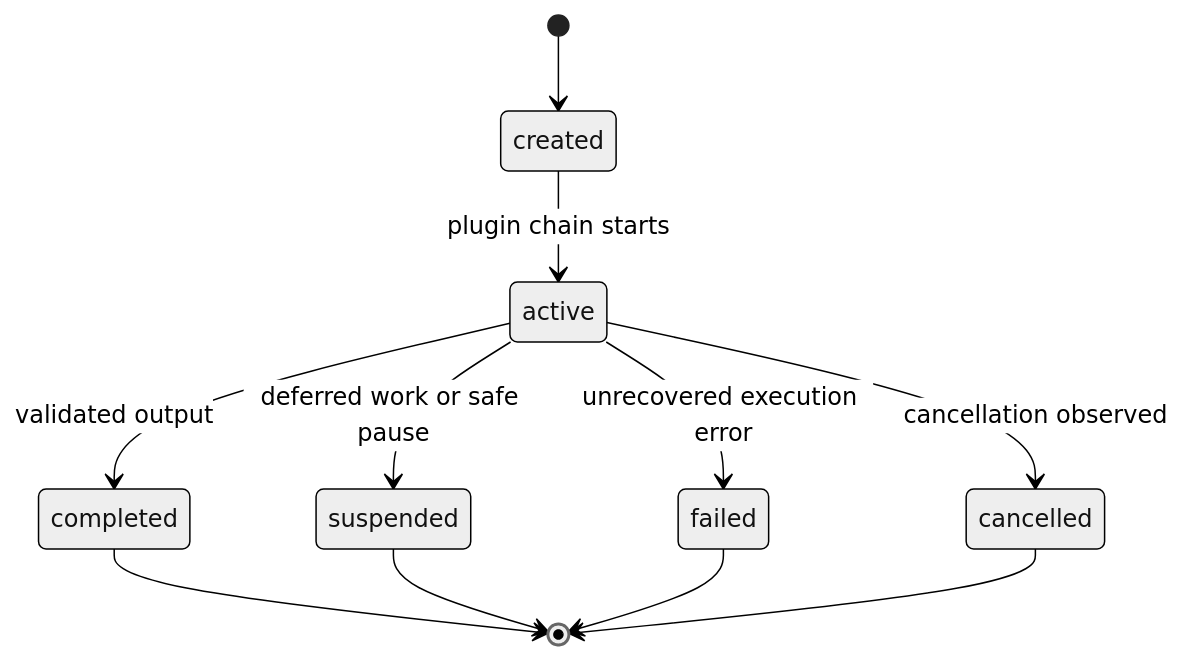
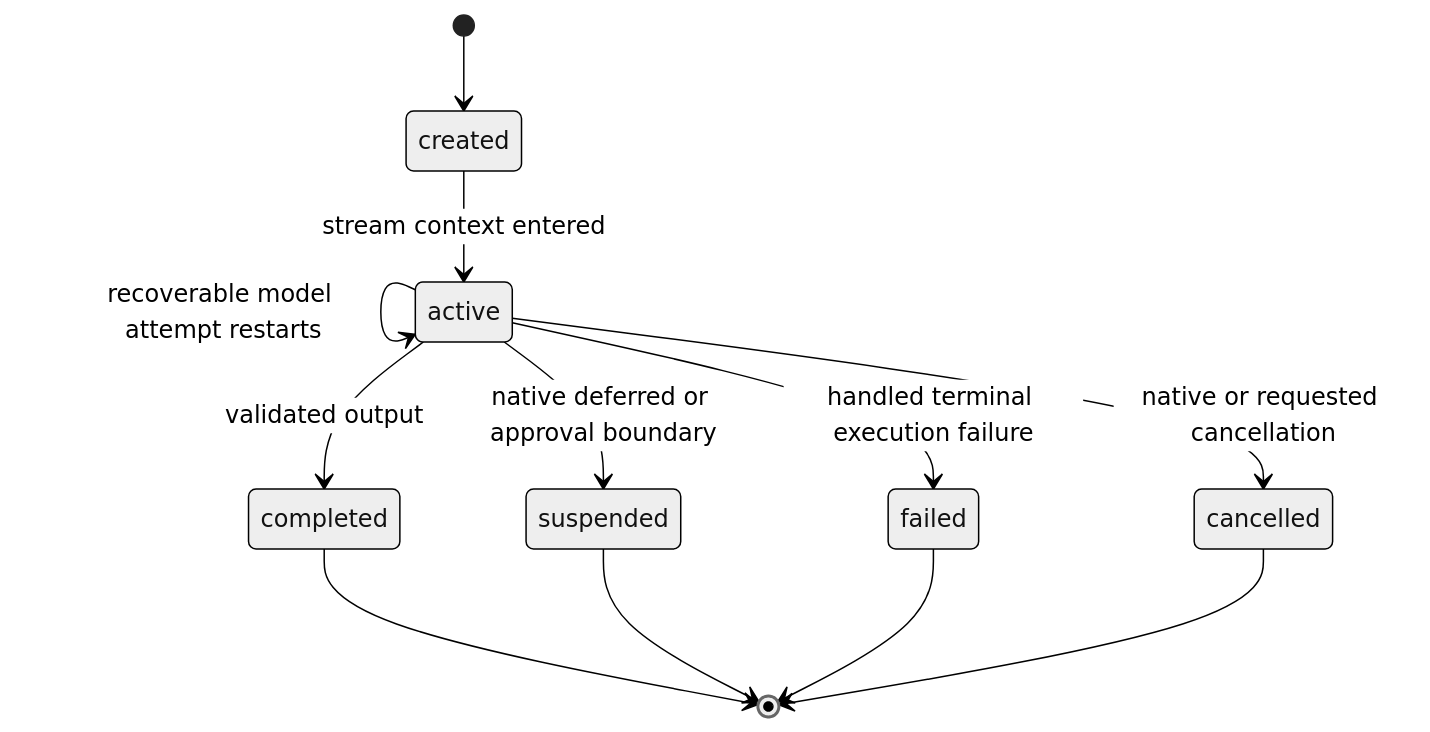
Before and after one commit to LTThreeComma/agent-foundation: the first of 2 diagrams in spec/agent-harness/06-execution-context-and-lifecycle.md, drawn with Mermaid (neutral theme). The commit also changed other lines of this file and 31 other files, not shown here.

````diff
--- a/spec/agent-harness/06-execution-context-and-lifecycle.md
+++ b/spec/agent-harness/06-execution-context-and-lifecycle.md
@@ -52,13 +54,14 @@
 ```mermaid
 stateDiagram-v2
     [*] --> created
-    created --> active: plugin chain starts
+    created --> active: stream context entered
+    active --> active: recoverable model attempt restarts
     active --> completed: validated output
-    active --> suspended: deferred work or safe pause
-    active --> failed: unrecovered execution error
-    active --> cancelled: cancellation observed
+    active --> suspended: native deferred or approval boundary
+    active --> failed: handled terminal execution failure
+    active --> cancelled: native or requested cancellation
     completed --> [*]
     suspended --> [*]
     failed --> [*]
     cancelled --> [*]
 ```
````
